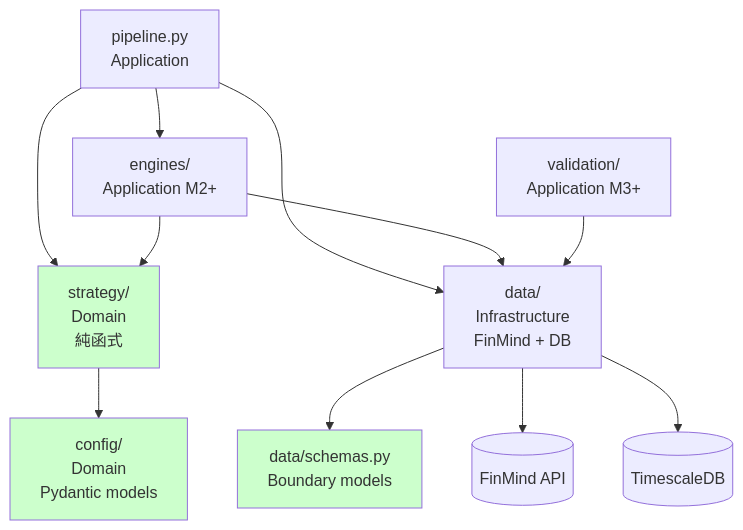
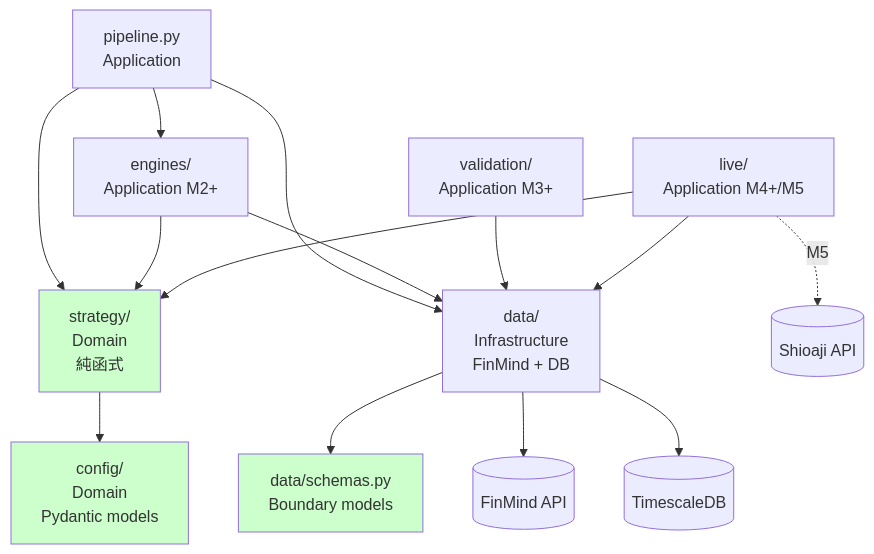
The first of 2 diagrams in dev_docs/09_file_dependencies_template.md (Zenobia000/Quantitative_Trading), drawn with Mermaid before and after one commit. The commit also changed other lines of this file and 4 other files, not shown here.

First line of the commit message:
docs(dev_docs): fix C4 partial disclosure + DDD tactical + sequence + deployment

````diff
--- a/dev_docs/09_file_dependencies_template.md
+++ b/dev_docs/09_file_dependencies_template.md
@@ -19,30 +20,35 @@
 ```mermaid
 graph TD
     Pipeline[pipeline.py<br/>Application]
     Engines[engines/<br/>Application M2+]
     Validation[validation/<br/>Application M3+]
+    Live[live/<br/>Application M4+/M5]
 
     Strategy[strategy/<br/>Domain<br/>純函式]
     Config[config/<br/>Domain<br/>Pydantic models]
 
     Data[data/<br/>Infrastructure<br/>FinMind + DB]
     Schemas[data/schemas.py<br/>Boundary models]
 
     FinMind[(FinMind API)]
     TSDB[(TimescaleDB)]
+    Shioaji[(Shioaji API)]
 
     Pipeline --> Engines
     Pipeline --> Data
     Pipeline --> Strategy
     Engines --> Strategy
     Engines --> Data
     Validation --> Data
+    Live --> Strategy
+    Live --> Data
+    Live -.->|M5| Shioaji
     Strategy --> Config
     Data --> Schemas
     Data --> FinMind
     Data --> TSDB
 
     style Strategy fill:#cfc
     style Config fill:#cfc
     style Schemas fill:#cfc
 ```
````
